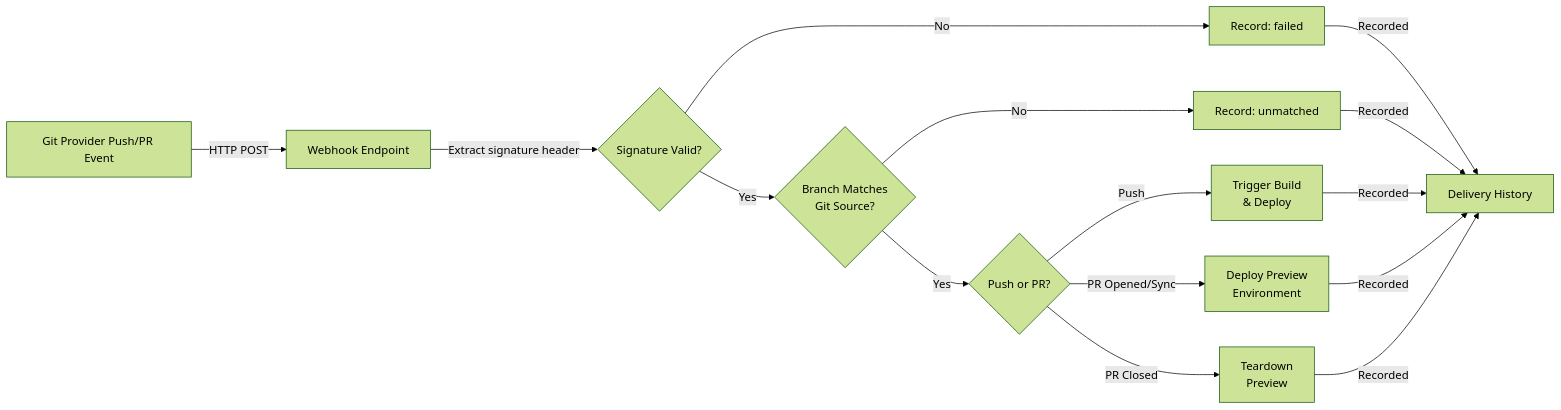
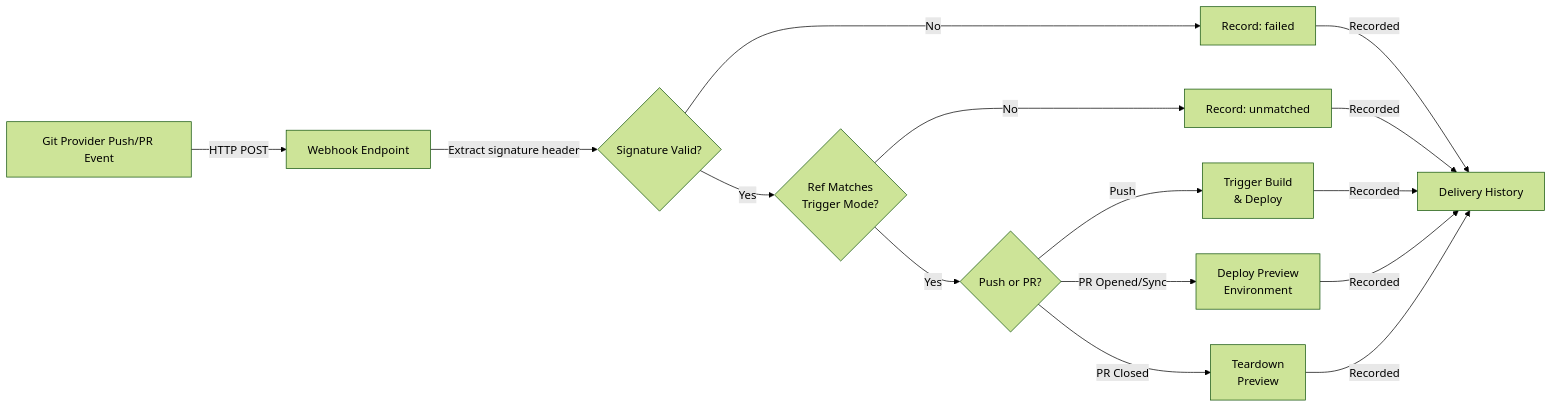
The diagram in docs/git-integrations.md (glincker/levelrail), drawn with Mermaid (forest theme) before and after one commit. The commit also changed other lines of this file and 18 other files, not shown here.

````diff
--- a/docs/git-integrations.md
+++ b/docs/git-integrations.md
@@ -197,17 +199,17 @@
 ```mermaid
 flowchart LR
     A["Git Provider Push/PR Event"] -->|HTTP POST| B["Webhook Endpoint"]
     B -->|Extract signature header| C{"Signature Valid?"}
     C -->|No| D["Record: failed"]
-    C -->|Yes| E{"Branch Matches<br/>Git Source?"}
+    C -->|Yes| E{"Ref Matches<br/>Trigger Mode?"}
     E -->|No| F["Record: unmatched"]
     E -->|Yes| G{"Push or PR?"}
     G -->|Push| H["Trigger Build<br/>& Deploy"]
     G -->|PR Opened/Sync| I["Deploy Preview<br/>Environment"]
     G -->|PR Closed| J["Teardown<br/>Preview"]
     H -->|Recorded| K["Delivery History"]
     I -->|Recorded| K
     J -->|Recorded| K
     D -->|Recorded| K
     F -->|Recorded| K
 ```
````
